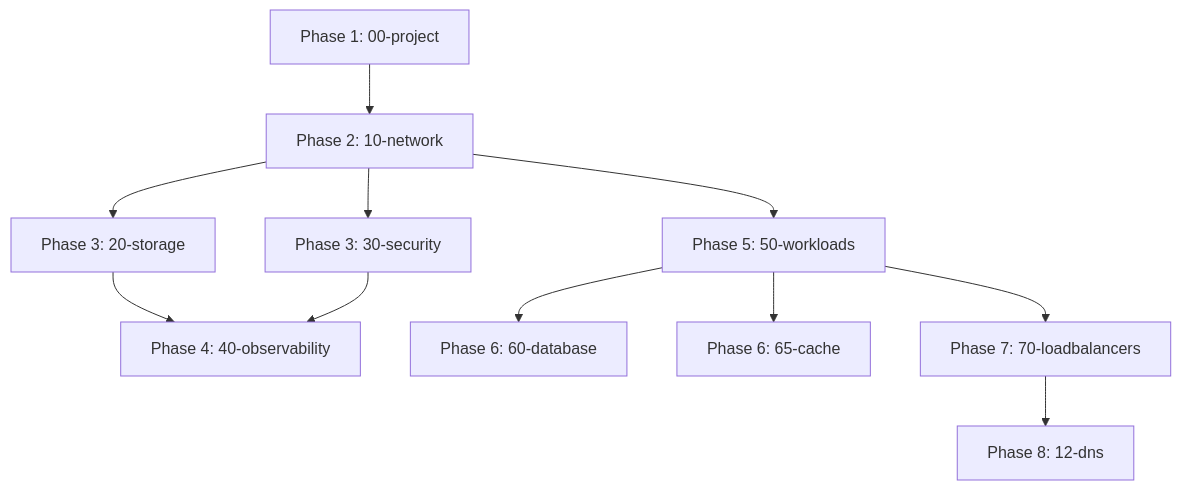
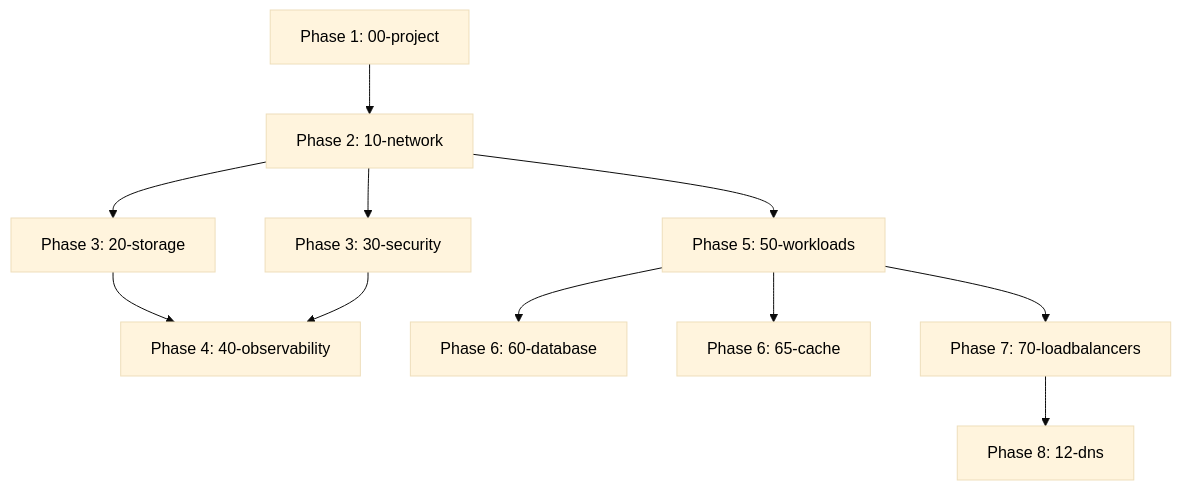
Before and after one commit to JSJ2337/GCP_terraform_code: the diagram in terraform_gcp_infra/docs/guides/terragrunt-usage.md, drawn with Mermaid. The commit also changed 5 other files, not shown here.

First line of the commit message:
style: Mermaid 다이어그램 제목 가독성 개선

````diff
--- a/terraform_gcp_infra/docs/guides/terragrunt-usage.md
+++ b/terraform_gcp_infra/docs/guides/terragrunt-usage.md
@@ -270,13 +270,14 @@
 ```mermaid
+%%{init: {'theme': 'base', 'themeVariables': { 'primaryTextColor': '#000000' }}}%%
 graph TD
     P1[Phase 1: 00-project] --> P2[Phase 2: 10-network]
     P2 --> P3A[Phase 3: 20-storage]
     P2 --> P3B[Phase 3: 30-security]
     P3A --> P4[Phase 4: 40-observability]
     P3B --> P4
     P2 --> P5[Phase 5: 50-workloads]
     P5 --> P6A[Phase 6: 60-database]
     P5 --> P6B[Phase 6: 65-cache]
     P5 --> P7[Phase 7: 70-loadbalancers]
     P7 --> P8[Phase 8: 12-dns]
 ```
````
